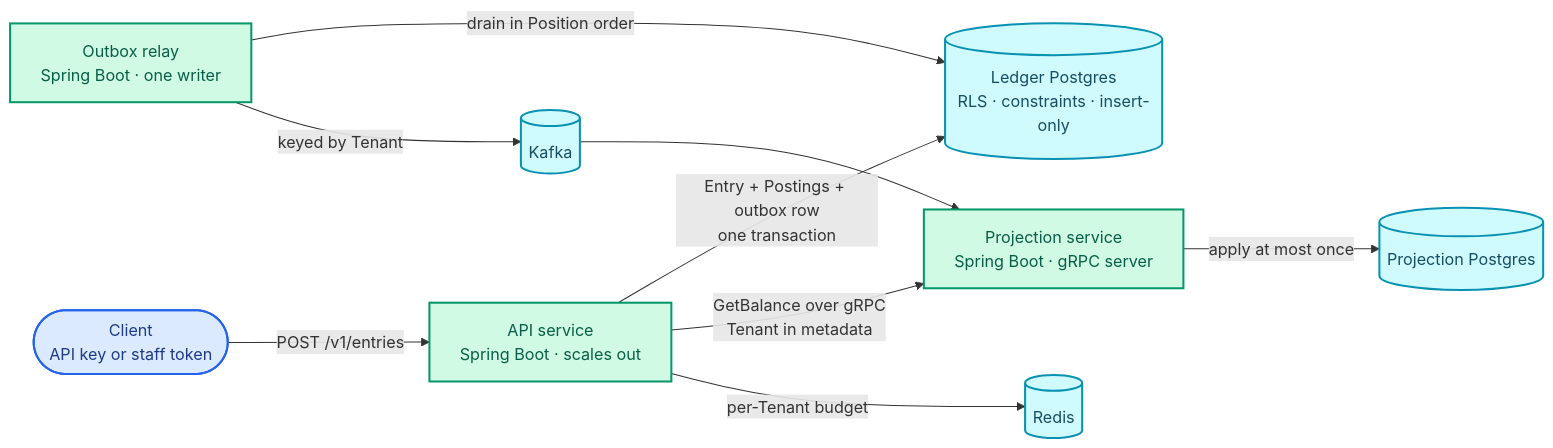
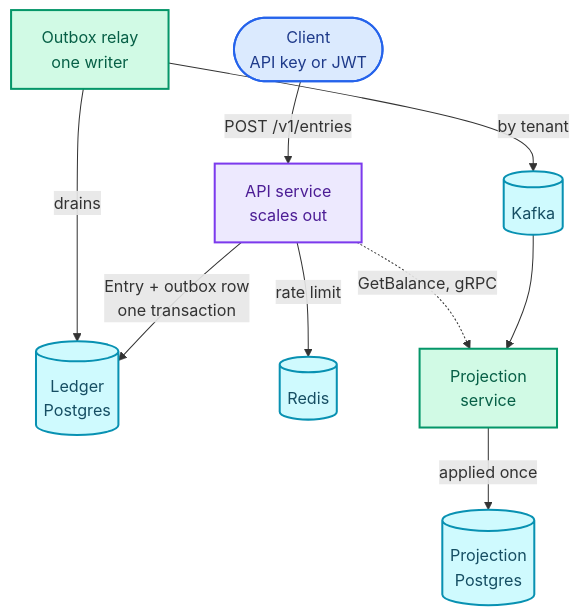
One commit to rishabh0111/rishabh0111.github.io changed the first of 2 diagrams in _posts/blogs/2026-10-23-multitenant-double-entry-ledger.md. Above: the diagram before and after it, drawn with Mermaid. The commit also changed other lines of this file and 1 other file, not shown here.

Commit message:
blog(ledger): phone-sized diagrams; README: a shape rule for mermaid diagrams
Flowcharts go TB, at most 1.3:1, short labels, every node a colour role with the
entry point as gateway; sequence diagrams keep to three participants. With a
console snippet to measure a page's diagrams at 390 px.

````diff
--- a/_posts/blogs/2026-10-23-multitenant-double-entry-ledger.md
+++ b/_posts/blogs/2026-10-23-multitenant-double-entry-ledger.md
@@ -65,18 +65,19 @@
 ```mermaid
-flowchart LR
-    Client([Client<br/>API key or staff token]) -->|"POST /v1/entries"| API
-    API[API service<br/>Spring Boot · scales out] -->|"Entry + Postings + outbox row<br/>one transaction"| LedgerDB
-    LedgerDB[(Ledger Postgres<br/>RLS · constraints · insert-only)]
-    Relay[Outbox relay<br/>Spring Boot · one writer] -->|"drain in Position order"| LedgerDB
-    Relay -->|"keyed by Tenant"| Kafka[(Kafka)]
-    Kafka --> Projection[Projection service<br/>Spring Boot · gRPC server]
-    Projection -->|"apply at most once"| ProjDB[(Projection Postgres)]
-    API -->|"GetBalance over gRPC<br/>Tenant in metadata"| Projection
-    API -->|"per-Tenant budget"| Redis[(Redis)]
+flowchart TB
+    Client([Client<br/>API key or JWT]) -->|POST /v1/entries| API[API service<br/>scales out]
+    API -->|Entry + outbox row<br/>one transaction| LDB[(Ledger<br/>Postgres)]
+    API -->|rate limit| Redis[(Redis)]
+    Relay[Outbox relay<br/>one writer] -->|drains| LDB
+    Relay -->|by tenant| Kafka[(Kafka)]
+    Kafka --> Proj[Projection<br/>service]
+    Proj -->|applied once| PDB[(Projection<br/>Postgres)]
+    API -.->|GetBalance, gRPC| Proj
     classDef actor fill:#DBEAFE,stroke:#2563EB,stroke-width:2px,color:#1E3A8A
+    classDef gateway fill:#EDE9FE,stroke:#7C3AED,stroke-width:2px,color:#4C1D95
     classDef service fill:#D1FAE5,stroke:#059669,stroke-width:2px,color:#065F46
     classDef store fill:#CFFAFE,stroke:#0891B2,stroke-width:2px,color:#164E63
     class Client actor
-    class API,Relay,Projection service
-    class LedgerDB,ProjDB,Kafka,Redis store
+    class API gateway
+    class Relay,Proj service
+    class LDB,PDB,Kafka,Redis store
 ```
````
